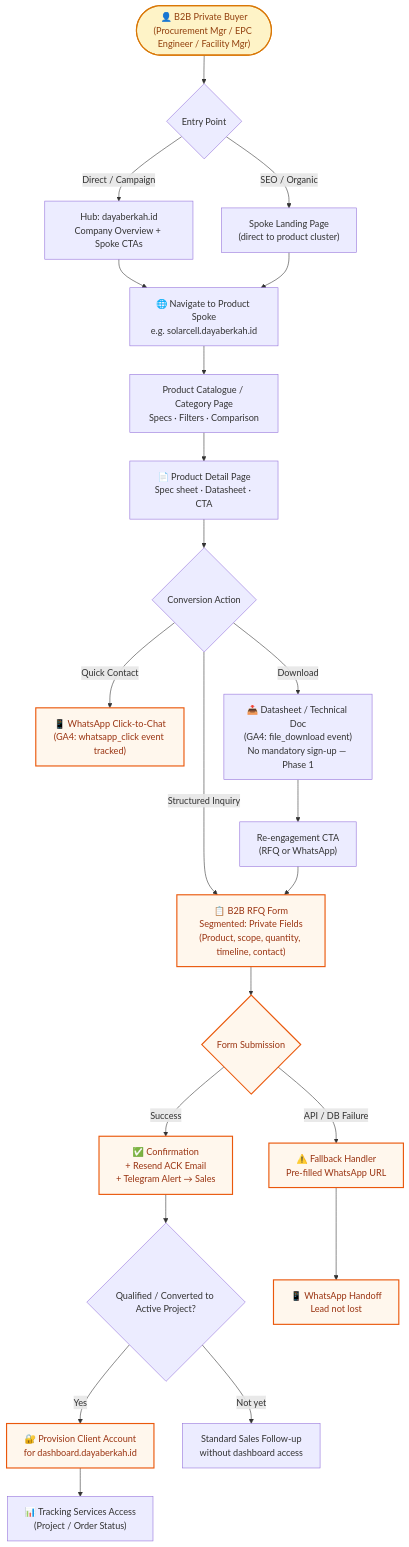
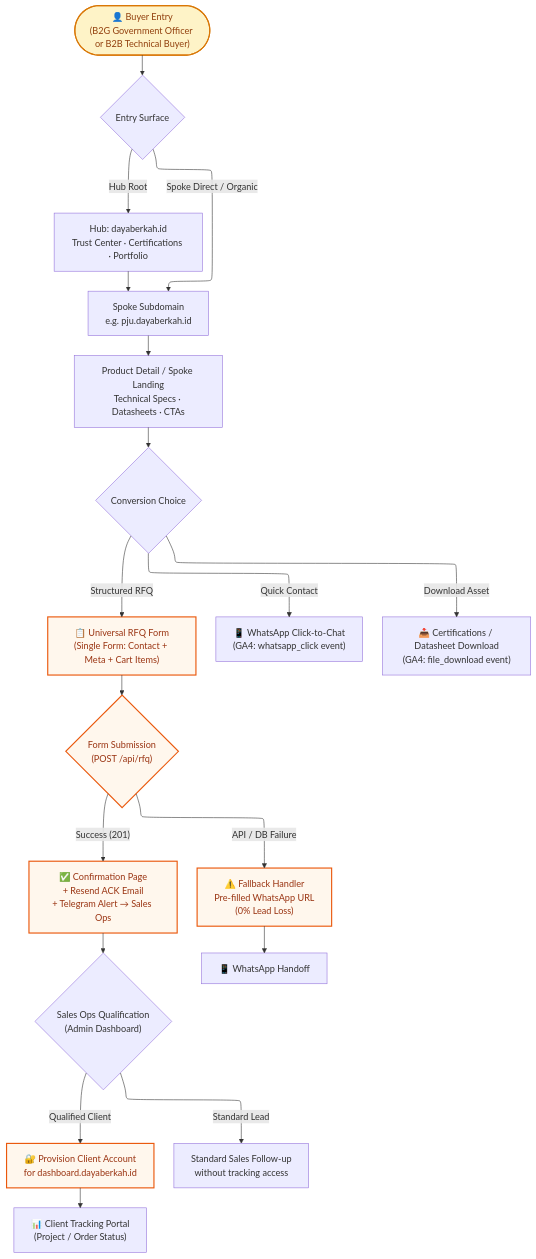
Before and after one commit to pxrzival404/arostech-hub: the second of 2 diagrams in docs/strategy/prd.md, drawn with Mermaid. The commit also changed other lines of this file and 24 other files, not shown here.

````diff
--- a/docs/strategy/prd.md
+++ b/docs/strategy/prd.md
@@ -217,36 +194,34 @@
 ```mermaid
+---
+config:
+  layout: elk
+---
 flowchart TD
     classDef entry fill:#fef3c7,stroke:#d97706,stroke-width:2px,color:#92400e
     classDef conversion fill:#fff7ed,stroke:#ea580c,stroke-width:2px,color:#9a3412
 
-    A(["👤 B2B Private Buyer\n(Procurement Mgr / EPC Engineer / Facility Mgr)"])
-    A --> B{"Entry Point"}
-    B -->|"Direct / Campaign"| C["Hub: dayaberkah.id\nCompany Overview + Spoke CTAs"]
-    B -->|"SEO / Organic"| D["Spoke Landing Page\n(direct to product cluster)"]
-    C --> E["🌐 Navigate to Product Spoke\ne.g. solarcell.dayaberkah.id"]
-    D --> E
-    E --> F["Product Catalogue / Category Page\nSpecs · Filters · Comparison"]
-    F --> G["📄 Product Detail Page\nSpec sheet · Datasheet · CTA"]
-    G --> H{"Conversion Action"}
-    H -->|"Structured Inquiry"| I["📋 B2B RFQ Form\nSegmented: Private Fields\n(Product, scope, quantity, timeline, contact)"]
-    H -->|"Quick Contact"| J["📱 WhatsApp Click-to-Chat\n(GA4: whatsapp_click event tracked)"]
-    H -->|"Download"| K["📥 Datasheet / Technical Doc\n(GA4: file_download event)\nNo mandatory sign-up — Phase 1"]
-    I --> L{"Form Submission"}
-    L -->|"Success"| M["✅ Confirmation\n+ Resend ACK Email\n+ Telegram Alert → Sales"]
-    M --> Q{"Qualified / Converted to Active Project?"}
-    Q -->|"Yes"| R["🔐 Provision Client Account\nfor dashboard.dayaberkah.id"]
-    R --> S["📊 Tracking Services Access\n(Project / Order Status)"]
-    Q -->|"Not yet"| T["Standard Sales Follow-up\nwithout dashboard access"]
-    L -->|"API / DB Failure"| N["⚠️ Fallback Handler\nPre-filled WhatsApp URL"]
-    N --> O["📱 WhatsApp Handoff\nLead not lost"]
-    K --> P["Re-engagement CTA\n(RFQ or WhatsApp)"]
-    P --> I
+    A(["👤 Buyer Entry\n(B2G Government Officer or B2B Technical Buyer)"])
+    A --> B{"Entry Surface"}
+    B -->|"Hub Root"| C["Hub: dayaberkah.id\nTrust Center · Certifications · Portfolio"]
+    B -->|"Spoke Direct / Organic"| D["Spoke Subdomain\ne.g. pju.dayaberkah.id"]
+    C --> D
+    D --> E["Product Detail / Spoke Landing\nTechnical Specs · Datasheets · CTAs"]
+    E --> F{"Conversion Choice"}
+    F -->|"Structured RFQ"| G["📋 Universal RFQ Form\n(Single Form: Contact + Meta + Cart Items)"]
+    F -->|"Quick Contact"| H["📱 WhatsApp Click-to-Chat\n(GA4: whatsapp_click event)"]
+    F -->|"Download Asset"| I["📥 Certifications / Datasheet Download\n(GA4: file_download event)"]
+    G --> J{"Form Submission\n(POST /api/rfq)"}
+    J -->|"Success (201)"| K["✅ Confirmation Page\n+ Resend ACK Email\n+ Telegram Alert → Sales Ops"]
+    J -->|"API / DB Failure"| L["⚠️ Fallback Handler\nPre-filled WhatsApp URL\n(0% Lead Loss)"]
+    K --> M{"Sales Ops Qualification\n(Admin Dashboard)"}
+    M -->|"Qualified Client"| N["🔐 Provision Client Account\nfor dashboard.dayaberkah.id"]
+    N --> O["📊 Client Tracking Portal\n(Project / Order Status)"]
+    M -->|"Standard Lead"| P["Standard Sales Follow-up\nwithout tracking access"]
+    L --> Q["📱 WhatsApp Handoff"]
     class A entry
-    class I conversion
+    class G conversion
     class J conversion
+    class K conversion
     class L conversion
-    class M conversion
     class N conversion
-    class O conversion
-    class R conversion
 ```
````
